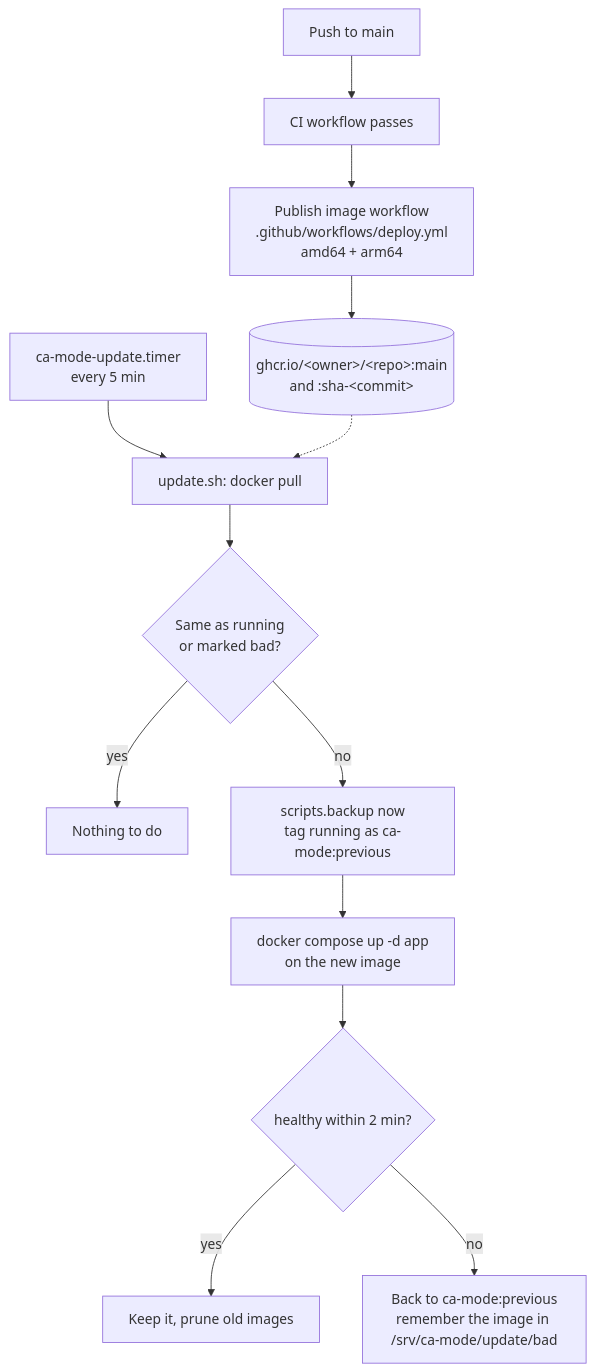
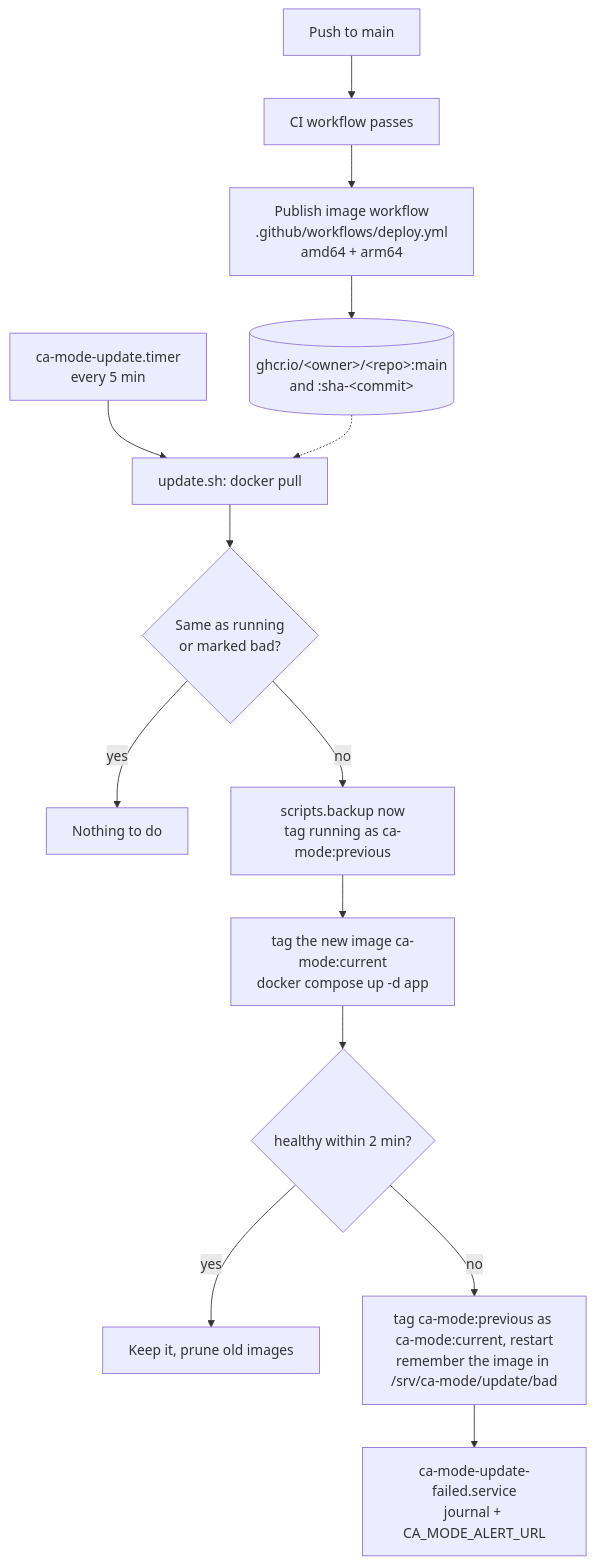
The fourth of 4 diagrams in docs/hosting.md (Nishaanth419/CAMode), drawn with Mermaid before and after one commit. The commit also changed other lines of this file and 3 other files, not shown here.

````diff
--- a/docs/hosting.md
+++ b/docs/hosting.md
@@ -191,15 +215,16 @@
 ```mermaid
 flowchart TD
     Push["Push to main"] --> CI["CI workflow passes"]
     CI --> Publish["Publish image workflow<br/>.github/workflows/deploy.yml<br/>amd64 + arm64"]
     Publish --> GHCR[("ghcr.io/&lt;owner&gt;/&lt;repo&gt;:main<br/>and :sha-&lt;commit&gt;")]
     Timer["ca-mode-update.timer<br/>every 5 min"] --> Pull["update.sh: docker pull"]
     GHCR -.-> Pull
     Pull --> Same{"Same as running<br/>or marked bad?"}
     Same -->|"yes"| Stop["Nothing to do"]
     Same -->|"no"| Backup["scripts.backup now<br/>tag running as ca-mode:previous"]
-    Backup --> Up["docker compose up -d app<br/>on the new image"]
+    Backup --> Up["tag the new image ca-mode:current<br/>docker compose up -d app"]
     Up --> Health{"healthy within 2 min?"}
     Health -->|"yes"| Done["Keep it, prune old images"]
-    Health -->|"no"| Roll["Back to ca-mode:previous<br/>remember the image in /srv/ca-mode/update/bad"]
+    Health -->|"no"| Roll["tag ca-mode:previous as ca-mode:current, restart<br/>remember the image in /srv/ca-mode/update/bad"]
+    Roll --> Alert["ca-mode-update-failed.service<br/>journal + CA_MODE_ALERT_URL"]
 ```
````
